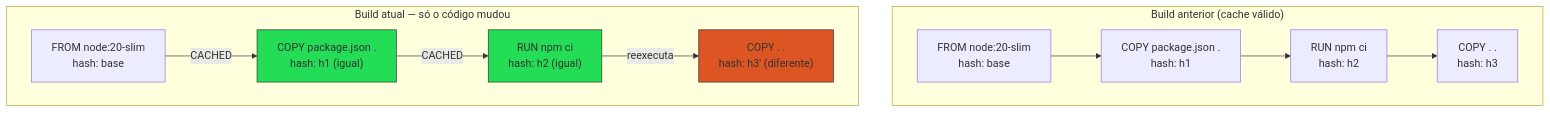
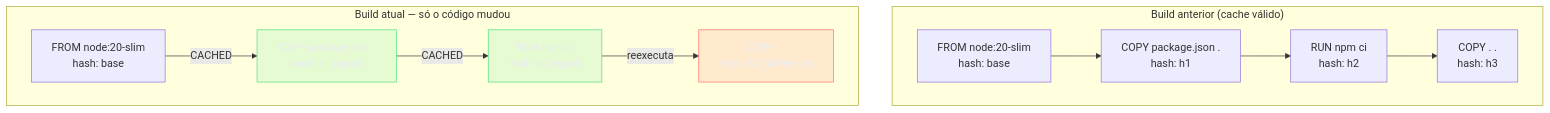
Before and after one commit to josenaldo/codex-technomanticus: the first of 2 diagrams in 03-Dominios/Tecnologia/Infraestrutura/Docker/05 - Build e cache — por que seu build está lento.md, drawn with Mermaid. The commit also changed 1181 other files, not shown here.

First line of the commit message:
fix(diagramas): paleta do sistema no lugar de cor cravada no markdown

````diff
--- a/03-Dominios/Tecnologia/Infraestrutura/Docker/05 - Build e cache — por que seu build está lento.md
+++ b/03-Dominios/Tecnologia/Infraestrutura/Docker/05 - Build e cache — por que seu build está lento.md
@@ -37,18 +37,20 @@
 ```mermaid
 graph TB
+    classDef ok fill:#4ADE8021,stroke:#4ADE80,color:#E9ECF2
+    classDef falha fill:#FF6B6B24,stroke:#FF6B6B,color:#E9ECF2
     subgraph "Build anterior (cache válido)"
         A1["FROM node:20-slim<br/>hash: base"] --> A2["COPY package.json .<br/>hash: h1"]
         A2 --> A3["RUN npm ci<br/>hash: h2"]
         A3 --> A4["COPY . .<br/>hash: h3"]
     end
 
     subgraph "Build atual — só o código mudou"
         B1["FROM node:20-slim<br/>hash: base"] -->|"CACHED"| B2["COPY package.json .<br/>hash: h1 (igual)"]
         B2 -->|"CACHED"| B3["RUN npm ci<br/>hash: h2 (igual)"]
         B3 -->|"reexecuta"| B4["COPY . .<br/>hash: h3' (diferente)"]
     end
 
-    style B2 fill:#2d5,stroke:#333
-    style B3 fill:#2d5,stroke:#333
-    style B4 fill:#d52,stroke:#333
+    class B2 ok
+    class B3 ok
+    class B4 falha
 ```
````
